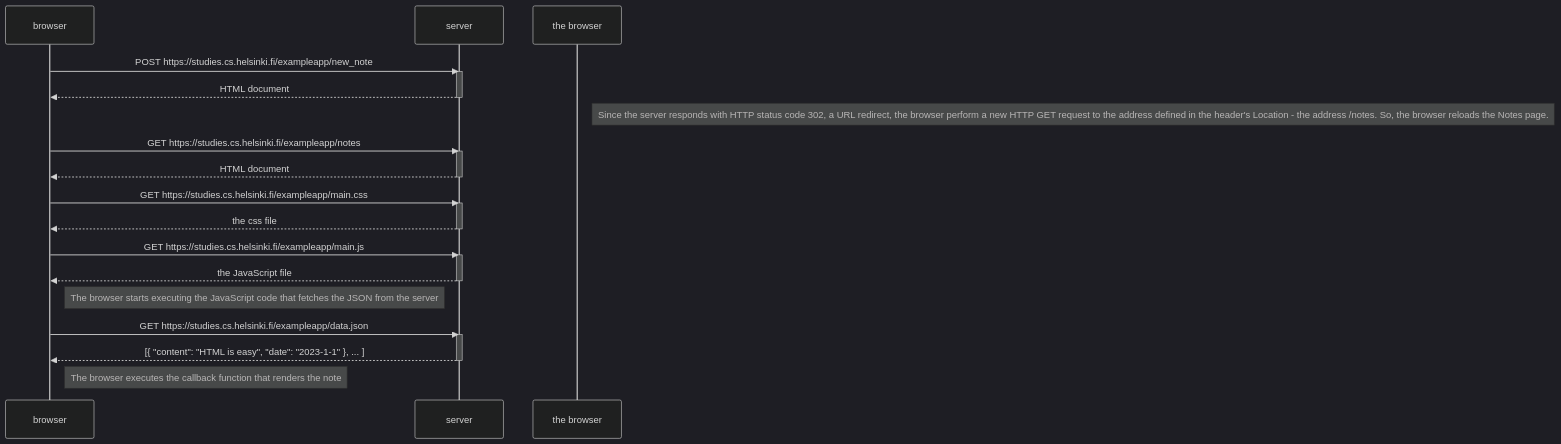
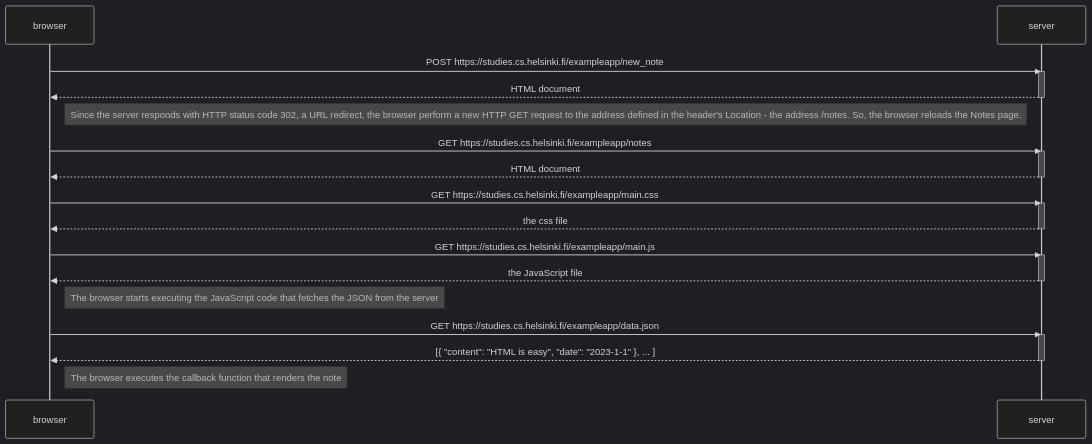
One commit to txy0414/fsopen_exercises changed the diagram in part 0/new_note_diagram.md. Above: the diagram before and after it, drawn with Mermaid (dark theme).

Commit message:
Part 0 modify

````diff
--- a/part 0/new_note_diagram.md
+++ b/part 0/new_note_diagram.md
@@ -3,36 +3,36 @@
 ```mermaid
 sequenceDiagram
     participant browser
     participant server
 
     browser->>server: POST https://studies.cs.helsinki.fi/exampleapp/new_note
     activate server
     server-->>browser: HTML document
     deactivate server
 
-    Note right of the browser: Since the server responds with HTTP status code 302, a URL redirect, the browser perform a new HTTP GET request to the address defined in the header's Location - the address /notes. So, the browser reloads the Notes page.
+    Note right of browser: Since the server responds with HTTP status code 302, a URL redirect, the browser perform a new HTTP GET request to the address defined in the header's Location - the address /notes. So, the browser reloads the Notes page.
 
     browser->>server: GET https://studies.cs.helsinki.fi/exampleapp/notes
     activate server
     server-->>browser: HTML document
     deactivate server
 
     browser->>server: GET https://studies.cs.helsinki.fi/exampleapp/main.css
     activate server
     server-->>browser: the css file
     deactivate server
 
     browser->>server: GET https://studies.cs.helsinki.fi/exampleapp/main.js
     activate server
     server-->>browser: the JavaScript file
     deactivate server
 
     Note right of browser: The browser starts executing the JavaScript code that fetches the JSON from the server
 
     browser->>server: GET https://studies.cs.helsinki.fi/exampleapp/data.json
     activate server
     server-->>browser: [{ "content": "HTML is easy", "date": "2023-1-1" }, ... ]
     deactivate server
 
     Note right of browser: The browser executes the callback function that renders the note
 ```
````
